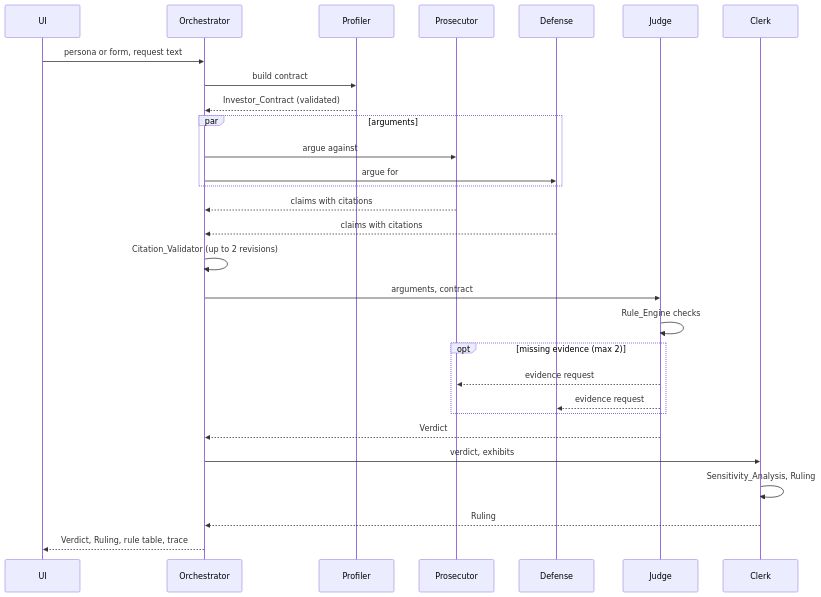
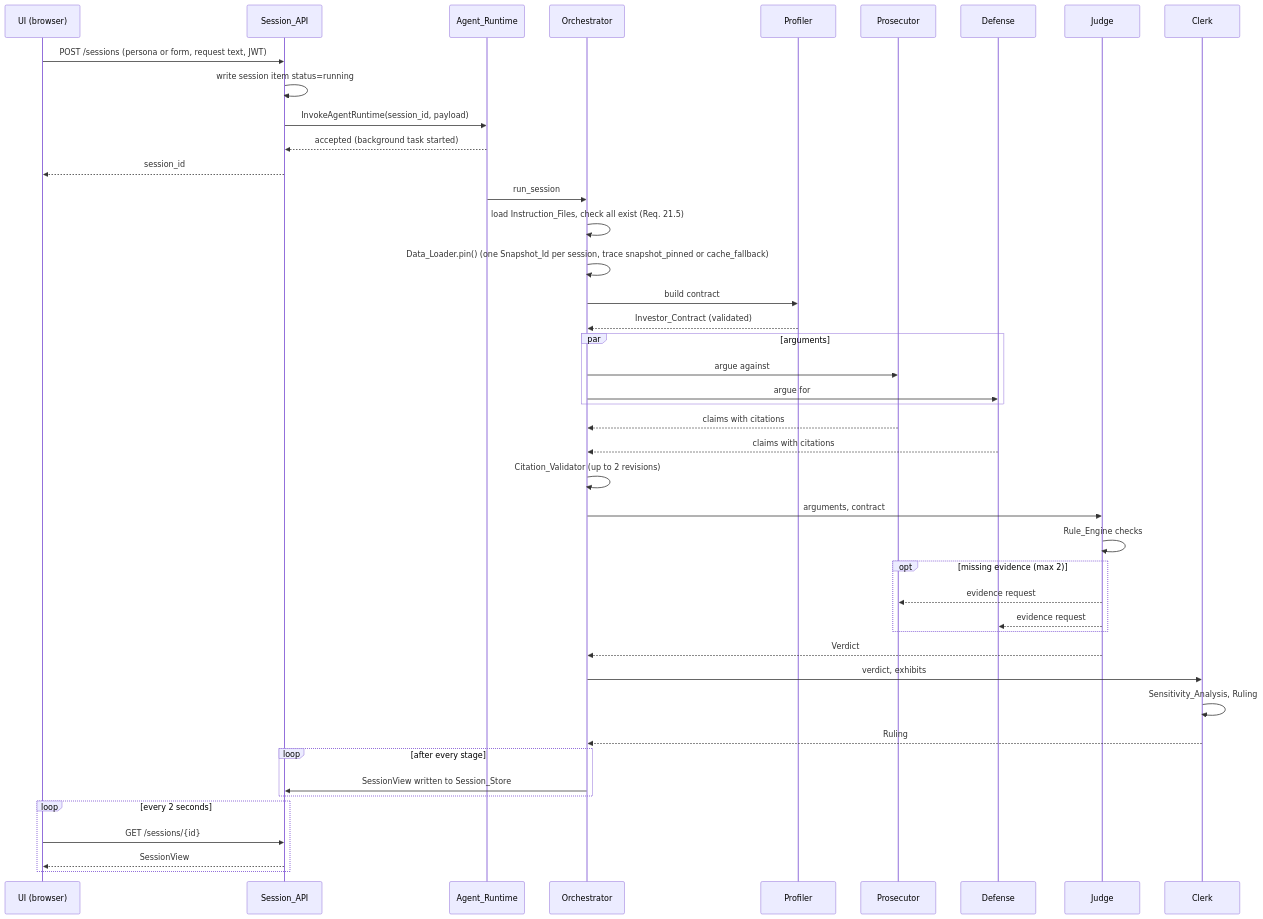
The second of 4 diagrams in .kiro/specs/agentic-investment-guide/design.md (hediamara1208-commits/Agent52), drawn with Mermaid before and after one commit. The commit also changed other lines of this file and 15 other files, not shown here.

Commit message:
Update spec: AWS-first architecture, Amplify UI, tolerant personas, agent instructions; add .gitignore

````diff
--- a/.kiro/specs/agentic-investment-guide/design.md
+++ b/.kiro/specs/agentic-investment-guide/design.md
@@ -76,31 +167,46 @@
 ```mermaid
 sequenceDiagram
-    participant U as UI
+    participant U as UI (browser)
+    participant A as Session_API
+    participant R as Agent_Runtime
     participant O as Orchestrator
     participant P as Profiler
     participant X as Prosecutor
     participant D as Defense
     participant J as Judge
     participant C as Clerk
-    U->>O: persona or form, request text
+    U->>A: POST /sessions (persona or form, request text, JWT)
+    A->>A: write session item status=running
+    A->>R: InvokeAgentRuntime(session_id, payload)
+    R-->>A: accepted (background task started)
+    A-->>U: session_id
+    R->>O: run_session
+    O->>O: load Instruction_Files, check all exist (Req. 21.5)
+    O->>O: Data_Loader.pin() (one Snapshot_Id per session, trace snapshot_pinned or cache_fallback)
     O->>P: build contract
     P-->>O: Investor_Contract (validated)
     par arguments
         O->>X: argue against
         O->>D: argue for
     end
     X-->>O: claims with citations
     D-->>O: claims with citations
     O->>O: Citation_Validator (up to 2 revisions)
     O->>J: arguments, contract
     J->>J: Rule_Engine checks
     opt missing evidence (max 2)
         J-->>X: evidence request
         J-->>D: evidence request
     end
     J-->>O: Verdict
     O->>C: verdict, exhibits
     C->>C: Sensitivity_Analysis, Ruling
     C-->>O: Ruling
-    O-->>U: Verdict, Ruling, rule table, trace
+    loop after every stage
+        O->>A: SessionView written to Session_Store
+    end
+    loop every 2 seconds
+        U->>A: GET /sessions/{id}
+        A-->>U: SessionView
+    end
 ```
````
